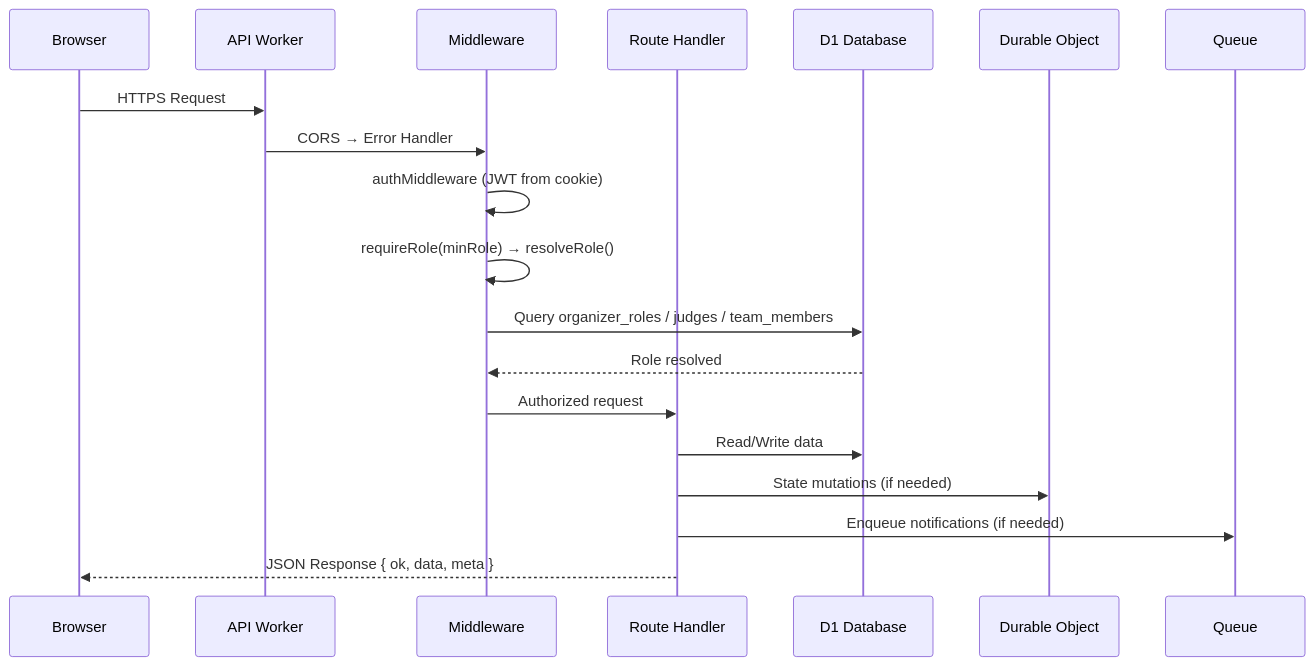
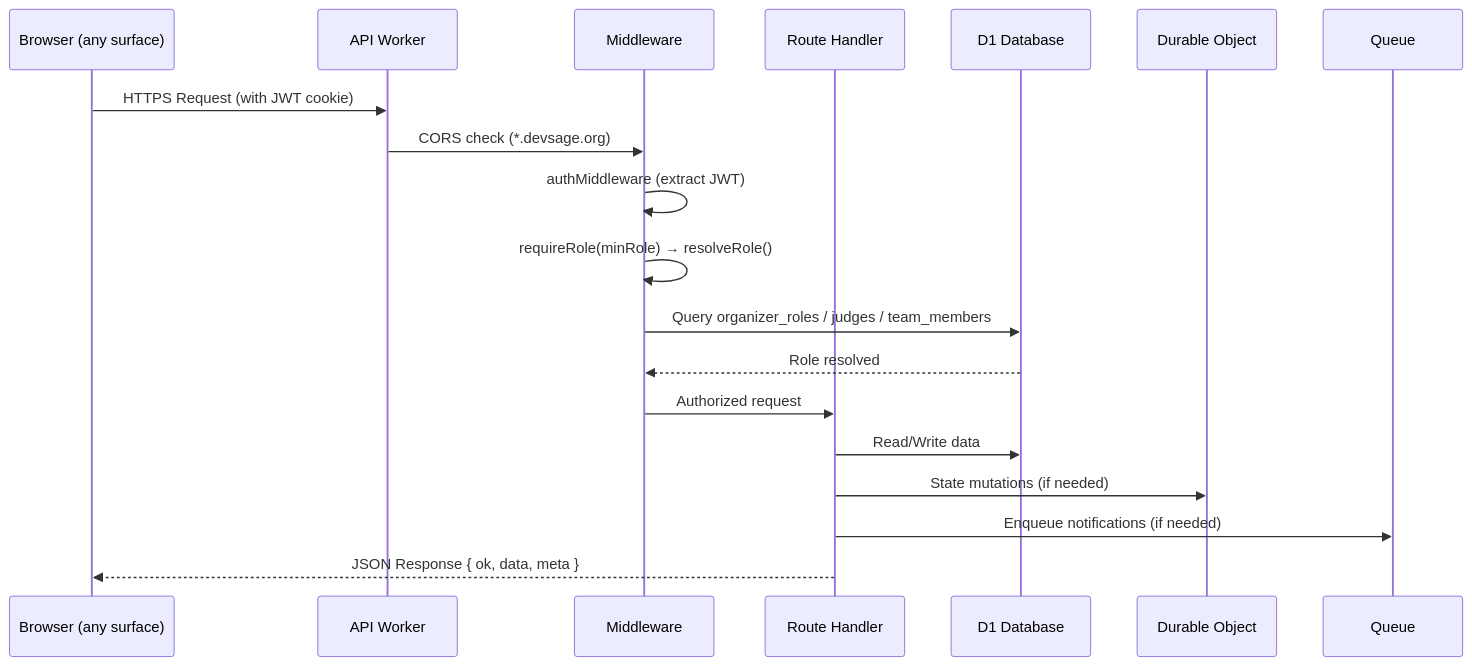
The fifth of 5 diagrams in docs/v3/architecture/00-overview.md (devangshupandey2025-stack/DevSage), drawn with Mermaid before and after one commit. The commit also changed other lines of this file and 30 other files, not shown here.

First line of the commit message:
docs: rewrite v3 architecture docs to match current system

````diff
--- a/docs/v3/architecture/00-overview.md
+++ b/docs/v3/architecture/00-overview.md
@@ -328,22 +343,22 @@
 ```mermaid
 sequenceDiagram
-    participant B as Browser
+    participant B as Browser (any surface)
     participant W as API Worker
     participant MW as Middleware
     participant R as Route Handler
     participant DB as D1 Database
     participant DO as Durable Object
     participant Q as Queue
 
-    B->>W: HTTPS Request
-    W->>MW: CORS → Error Handler
-    MW->>MW: authMiddleware (JWT from cookie)
+    B->>W: HTTPS Request (with JWT cookie)
+    W->>MW: CORS check (*.devsage.org)
+    MW->>MW: authMiddleware (extract JWT)
     MW->>MW: requireRole(minRole) → resolveRole()
     MW->>DB: Query organizer_roles / judges / team_members
     DB-->>MW: Role resolved
     MW->>R: Authorized request
     R->>DB: Read/Write data
     R->>DO: State mutations (if needed)
     R->>Q: Enqueue notifications (if needed)
     R-->>B: JSON Response { ok, data, meta }
 ```
````
